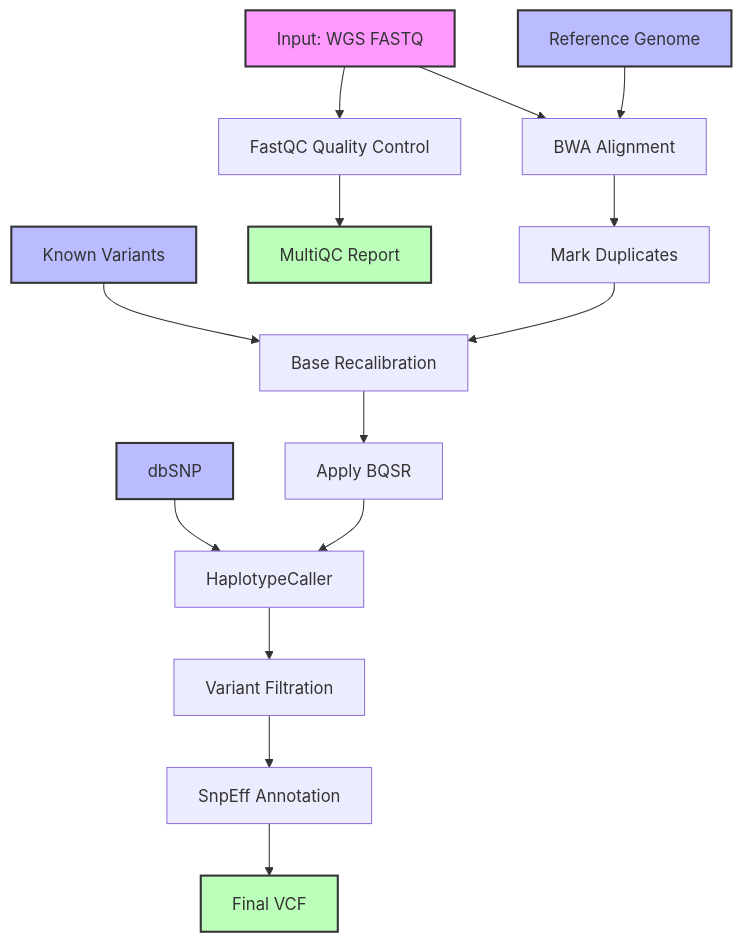
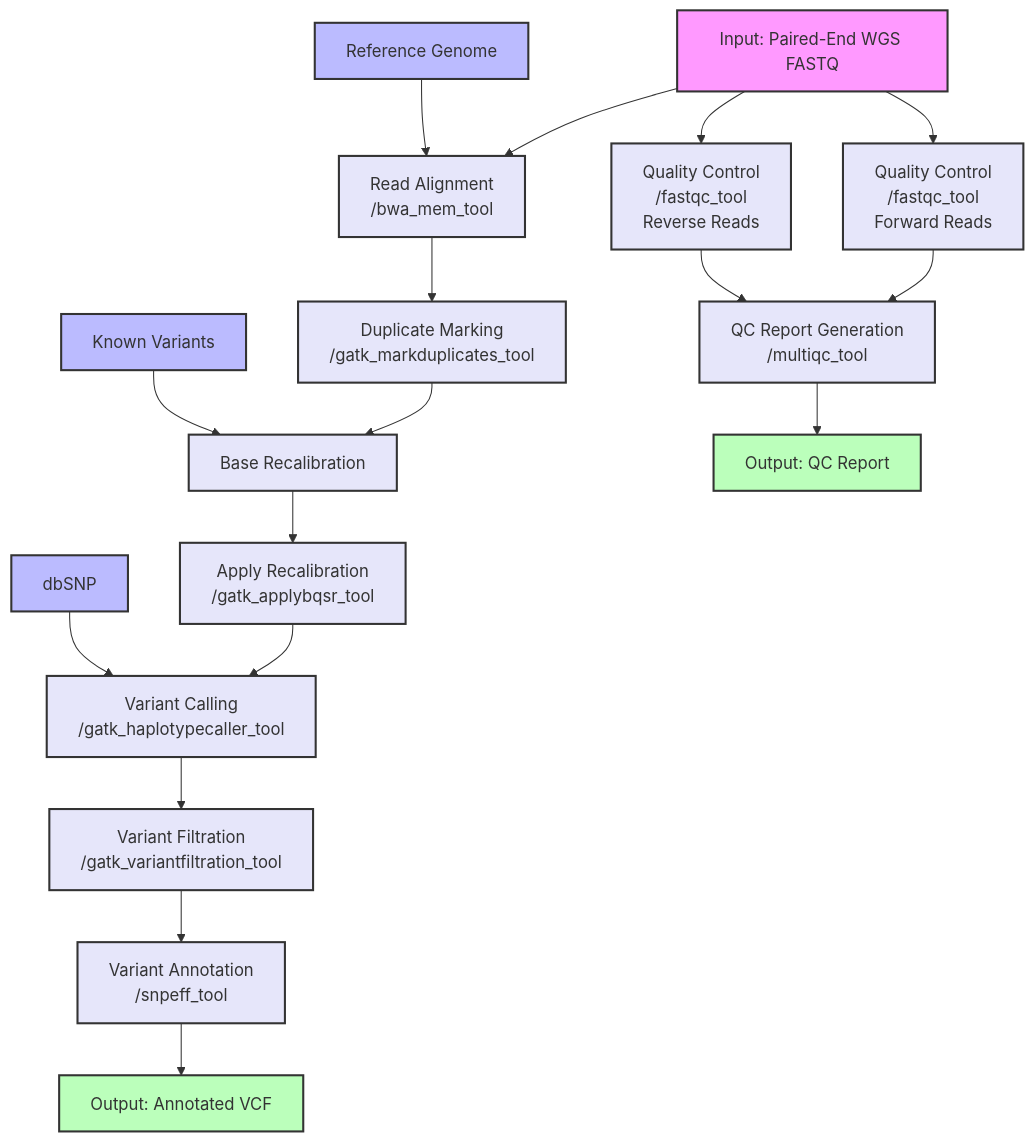
One commit to davidroberson/generative-cwl changed the diagram in tumor-multiomics/Workflow_03_Whole_Genome_Sequencing_Analysis_Workflow.md. Above: the diagram before and after it, drawn with Mermaid. The commit also changed other lines of this file, not shown here.

````diff
--- a/tumor-multiomics/Workflow_03_Whole_Genome_Sequencing_Analysis_Workflow.md
+++ b/tumor-multiomics/Workflow_03_Whole_Genome_Sequencing_Analysis_Workflow.md
@@ -8,23 +8,36 @@
 ```mermaid
 graph TD
-    A[Input: WGS FASTQ] --> QC[FastQC Quality Control]
-    A --> B[BWA Alignment]
+    A[Input: Paired-End WGS FASTQ] --> QC1[Quality Control<br/>/fastqc_tool<br/>Forward Reads]
+    A --> QC2[Quality Control<br/>/fastqc_tool<br/>Reverse Reads]
+    A --> B[Read Alignment<br/>/bwa_mem_tool]
     R[Reference Genome] --> B
-    D[dbSNP] --> V
-    K[Known Variants] --> BR
-    B --> C[Mark Duplicates]
-    C --> BR[Base Recalibration]
-    BR --> AB[Apply BQSR]
-    AB --> V[HaplotypeCaller]
-    V --> F[Variant Filtration]
-    F --> VA[SnpEff Annotation]
-    QC --> M[MultiQC Report]
-    VA --> O[Final VCF]
+    QC1 --> M[QC Report Generation<br/>/multiqc_tool]
+    QC2 --> M
+    B --> C[Duplicate Marking<br/>/gatk_markduplicates_tool]
+    C --> D[Base Recalibration<br/>/gatk_baserecalibrator_tool]
+    K[Known Variants] --> D
+    D[Base Recalibration] --> E[Apply Recalibration<br/>/gatk_applybqsr_tool]
+    E --> F[Variant Calling<br/>/gatk_haplotypecaller_tool]
+    DB[dbSNP] --> F
+    F --> G[Variant Filtration<br/>/gatk_variantfiltration_tool]
+    G --> H[Variant Annotation<br/>/snpeff_tool]
+    H --> I[Output: Annotated VCF]
+    M --> N[Output: QC Report]
     
     style A fill:#f9f,stroke:#333,stroke-width:2px
     style R fill:#bbf,stroke:#333,stroke-width:2px
-    style D fill:#bbf,stroke:#333,stroke-width:2px
     style K fill:#bbf,stroke:#333,stroke-width:2px
-    style O fill:#bfb,stroke:#333,stroke-width:2px
-    style M fill:#bfb,stroke:#333,stroke-width:2px
+    style DB fill:#bbf,stroke:#333,stroke-width:2px
+    style I fill:#bfb,stroke:#333,stroke-width:2px
+    style N fill:#bfb,stroke:#333,stroke-width:2px
+    style QC1 fill:#e6e6fa,stroke:#333,stroke-width:2px
+    style QC2 fill:#e6e6fa,stroke:#333,stroke-width:2px
+    style B fill:#e6e6fa,stroke:#333,stroke-width:2px
+    style C fill:#e6e6fa,stroke:#333,stroke-width:2px
+    style D fill:#e6e6fa,stroke:#333,stroke-width:2px
+    style E fill:#e6e6fa,stroke:#333,stroke-width:2px
+    style F fill:#e6e6fa,stroke:#333,stroke-width:2px
+    style G fill:#e6e6fa,stroke:#333,stroke-width:2px
+    style H fill:#e6e6fa,stroke:#333,stroke-width:2px
+    style M fill:#e6e6fa,stroke:#333,stroke-width:2px
 ```
````
